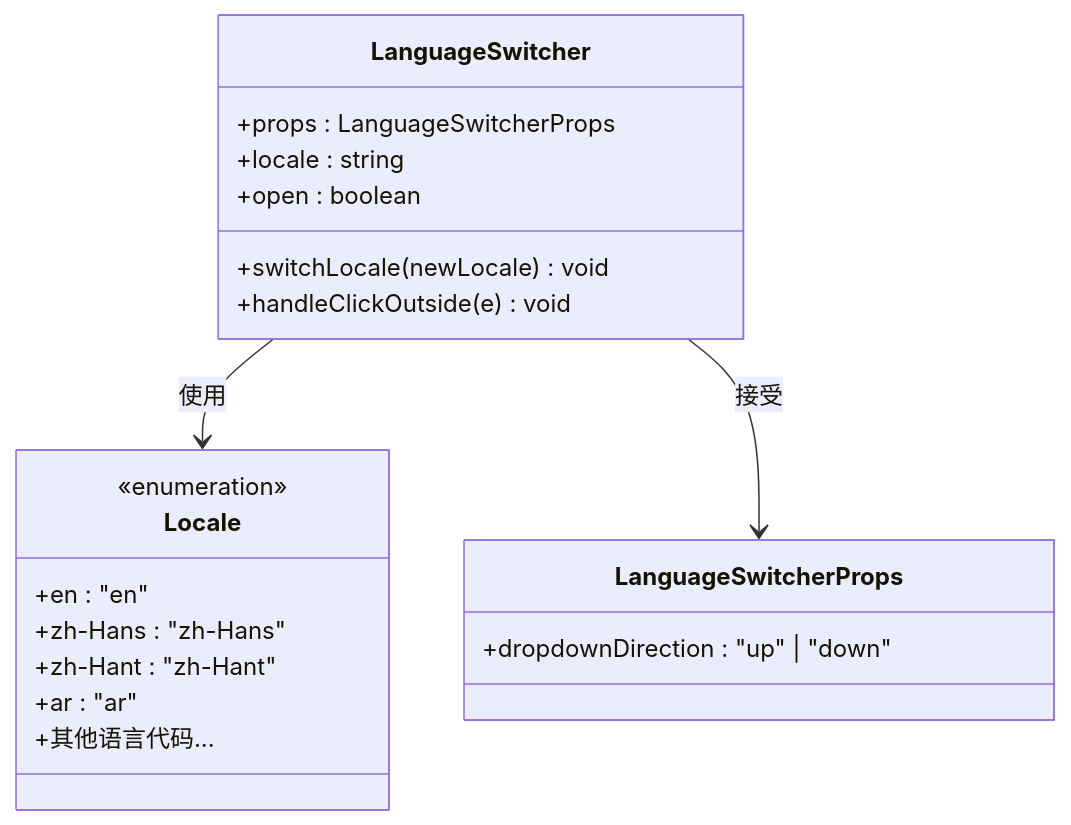
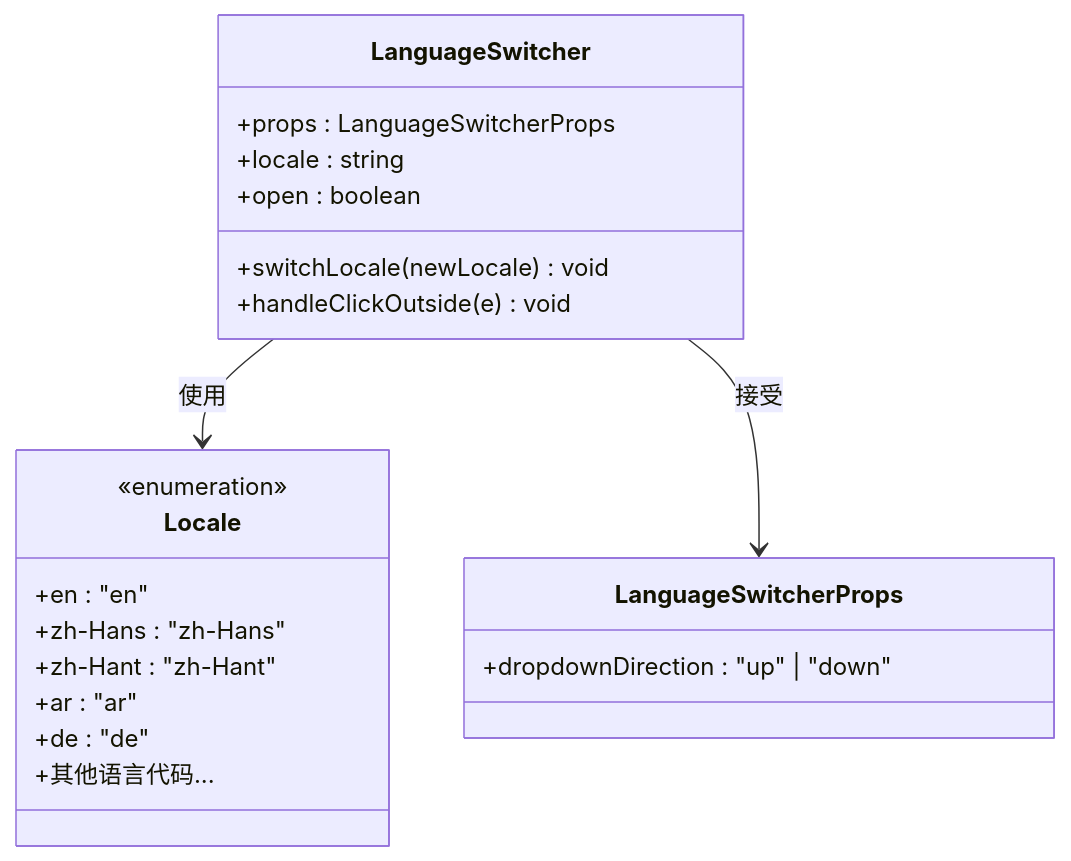
Before and after one commit to sgyy/privadeck: the fourth of 8 diagrams in .qoder/repowiki/zh/content/国际化实现/语言配置管理.md, drawn with Mermaid. The commit also changed other lines of this file and 10 other files, not shown here.

````diff
--- a/.qoder/repowiki/zh/content/国际化实现/语言配置管理.md
+++ b/.qoder/repowiki/zh/content/国际化实现/语言配置管理.md
@@ -170,23 +189,24 @@
 ```mermaid
 classDiagram
 class LanguageSwitcher {
 +props : LanguageSwitcherProps
 +locale : string
 +open : boolean
 +switchLocale(newLocale) void
 +handleClickOutside(e) void
 }
 class LanguageSwitcherProps {
 +dropdownDirection : "up" | "down"
 }
 class Locale {
 <<enumeration>>
 +en : "en"
 +zh-Hans : "zh-Hans"
 +zh-Hant : "zh-Hant"
 +ar : "ar"
++de : "de"
 +其他语言代码...
 }
 LanguageSwitcher --> Locale : 使用
 LanguageSwitcher --> LanguageSwitcherProps : 接受
 ```
````
